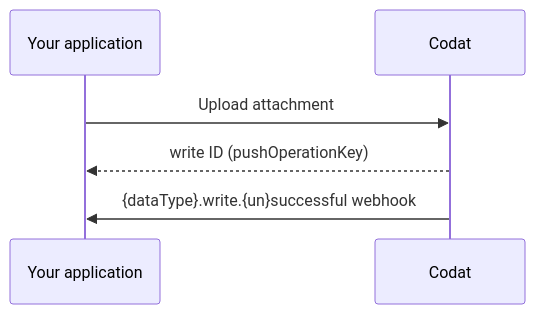
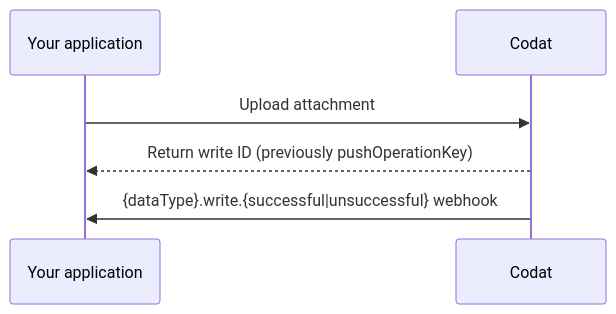
Before and after one commit to codatio/codat-docs: the diagram in docs/using-the-api/upload-attachments.md, drawn with Mermaid. The commit also changed other lines of this file, not shown here.

````diff
--- a/docs/using-the-api/upload-attachments.md
+++ b/docs/using-the-api/upload-attachments.md
@@ -36,10 +32,10 @@
 ```mermaid
 sequenceDiagram
     participant app as Your application 
     participant codat as Codat
     
     app ->> codat: Upload attachment
-    codat -->> app: write ID (pushOperationKey)
+    codat -->> app: Return write ID (previously pushOperationKey)
 
-    codat ->> app: {dataType}.write.{un}successful webhook
+    codat ->> app: {dataType}.write.{successful|unsuccessful} webhook
 ```
````
